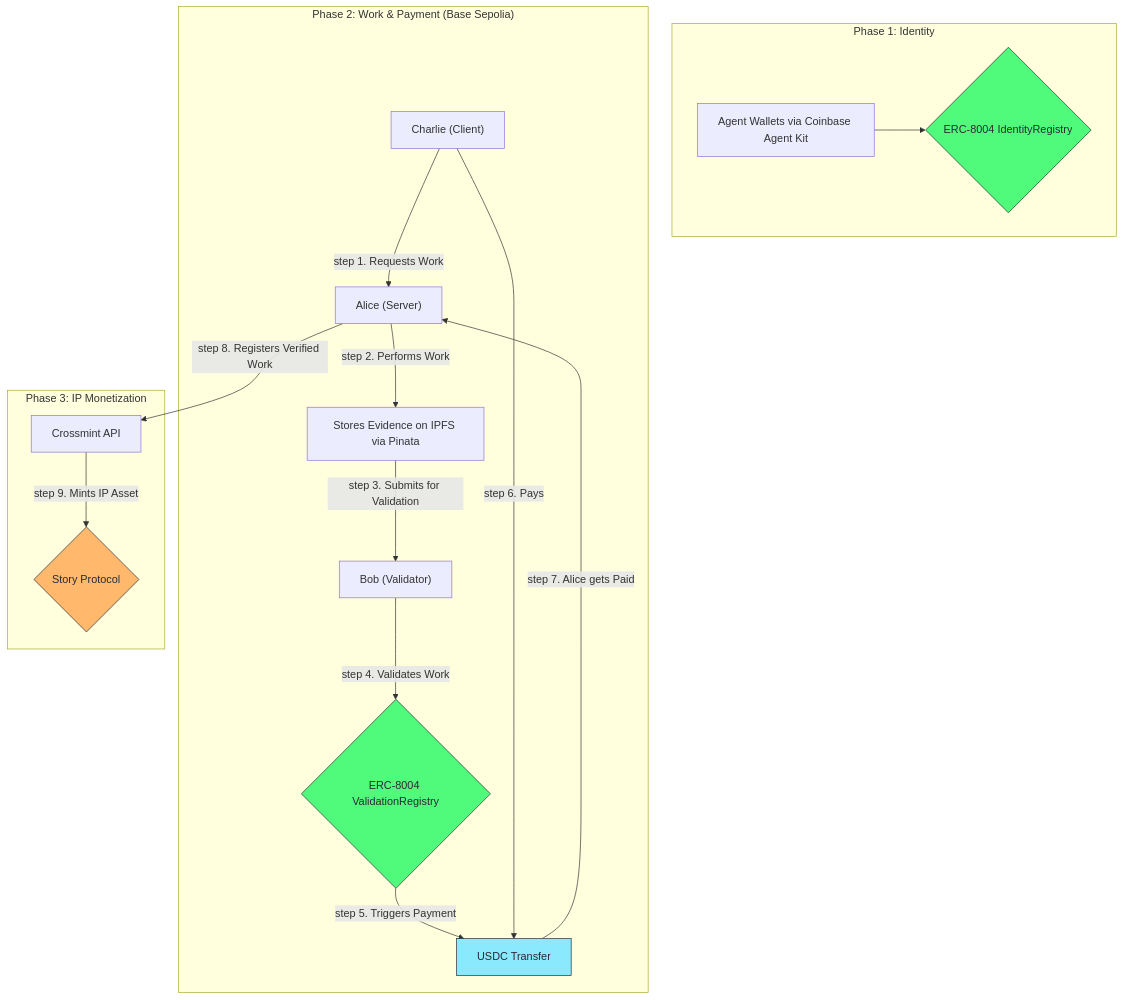
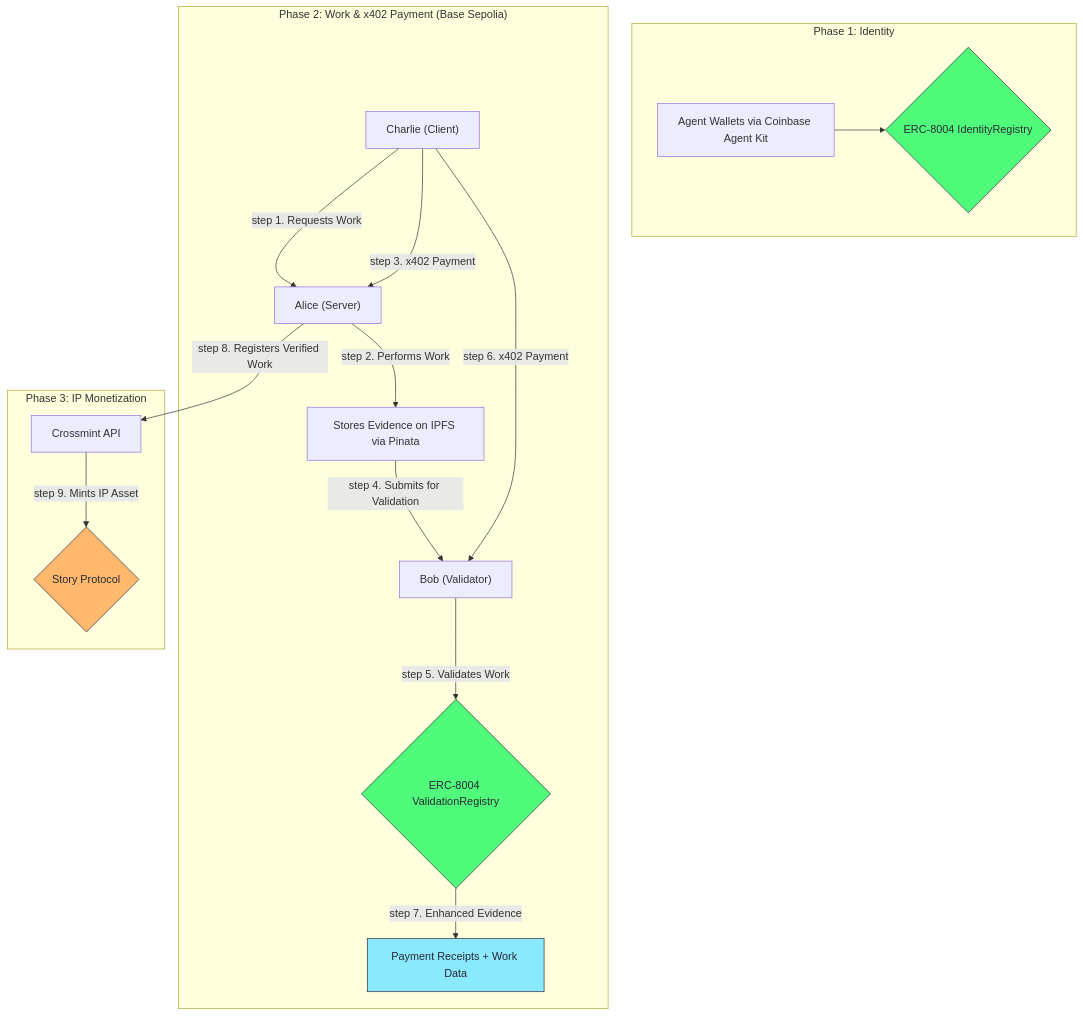
Before and after one commit to HashWarlock/erc-8004-ex-phala: the diagram in README.md, drawn with Mermaid. The commit also changed other lines of this file and 10 other files, not shown here.

````diff
--- a/README.md
+++ b/README.md
@@ -22,26 +22,26 @@
 ```mermaid
 graph TD
     subgraph "Phase 1: Identity"
         A[Agent Wallets via Coinbase Agent Kit] --> B{ERC-8004 IdentityRegistry};
     end
 
-    subgraph "Phase 2: Work & Payment (Base Sepolia)"
+    subgraph "Phase 2: Work & x402 Payment (Base Sepolia)"
         C["Charlie (Client)"] --step 1. Requests Work --> D["Alice (Server)"];
         D -- step 2. Performs Work --> E[Stores Evidence on IPFS via Pinata];
-        E -- step 3. Submits for Validation --> F["Bob (Validator)"];
-        F -- step 4. Validates Work --> G{ERC-8004 ValidationRegistry};
-        G -- step 5. Triggers Payment --> H[USDC Transfer];
-        C -- step 6. Pays --> H;
-        H -- step 7. Alice gets Paid --> D;
+        C -- step 3. x402 Payment --> D;
+        E -- step 4. Submits for Validation --> F["Bob (Validator)"];
+        F -- step 5. Validates Work --> G{ERC-8004 ValidationRegistry};
+        C -- step 6. x402 Payment --> F;
+        G -- step 7. Enhanced Evidence --> H[Payment Receipts + Work Data];
     end
 
     subgraph "Phase 3: IP Monetization"
         D -- step 8. Registers Verified Work --> I[Crossmint API];
         I -- step 9. Mints IP Asset --> J{Story Protocol};
     end
 
     style B fill:#50fa7b,stroke:#282a36,color:#282a36
     style G fill:#50fa7b,stroke:#282a36,color:#282a36
     style H fill:#8be9fd,stroke:#282a36,color:#282a36
     style J fill:#ffb86c,stroke:#282a36,color:#282a36
 ```
````
